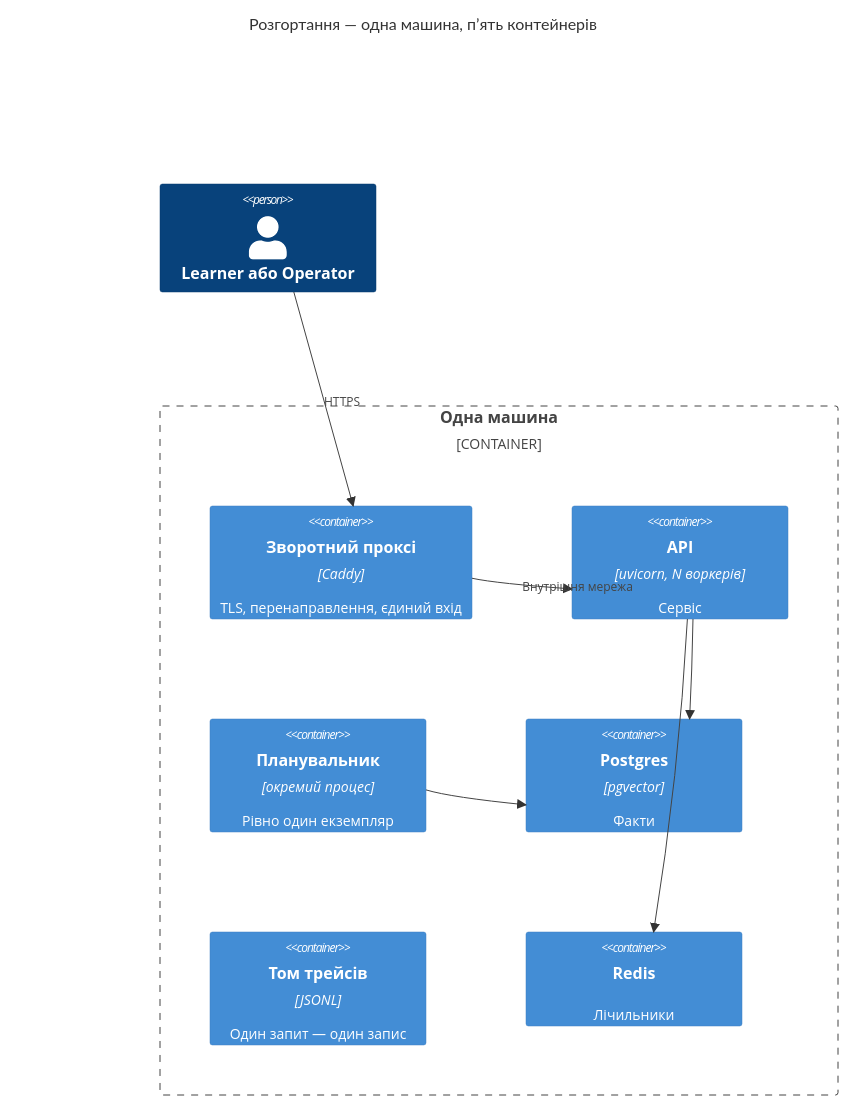
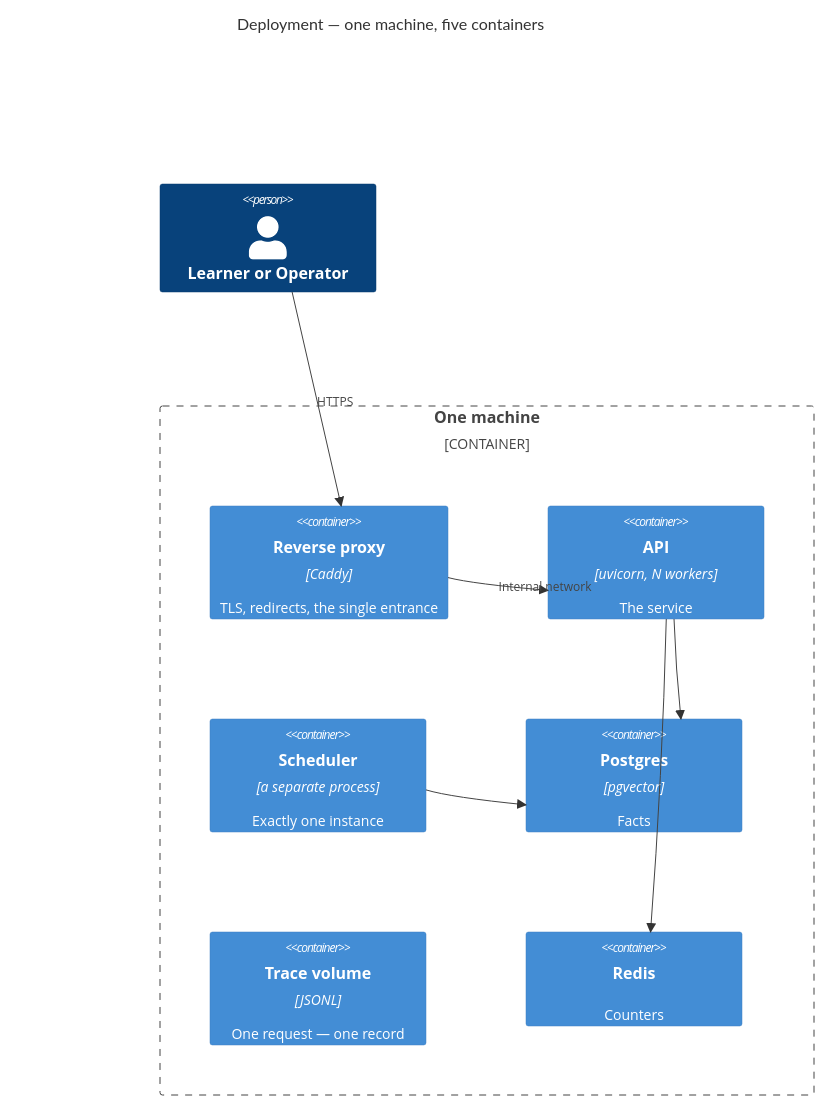
One commit to AZANIR/agentic-ai changed the sixth of 6 diagrams in docs/features/s06-platform/sad.md. Above: the diagram before and after it, drawn with Mermaid. The commit also changed other lines of this file and 245 other files, not shown here.

````diff
--- a/docs/features/s06-platform/sad.md
+++ b/docs/features/s06-platform/sad.md
@@ -277,21 +280,21 @@
 ```mermaid
 C4Container
-    title Розгортання — одна машина, пʼять контейнерів
+    title Deployment — one machine, five containers
 
-    Person(user, "Learner або Operator")
+    Person(user, "Learner or Operator")
 
-    Container_Boundary(vm, "Одна машина") {
-        Container(proxy, "Зворотний проксі", "Caddy", "TLS, перенаправлення, єдиний вхід")
-        Container(api, "API", "uvicorn, N воркерів", "Сервіс")
-        Container(sched, "Планувальник", "окремий процес", "Рівно один екземпляр")
-        Container(pg, "Postgres", "pgvector", "Факти")
-        Container(vol, "Том трейсів", "JSONL", "Один запит — один запис")
-        Container(redis, "Redis", "", "Лічильники")
+    Container_Boundary(vm, "One machine") {
+        Container(proxy, "Reverse proxy", "Caddy", "TLS, redirects, the single entrance")
+        Container(api, "API", "uvicorn, N workers", "The service")
+        Container(sched, "Scheduler", "a separate process", "Exactly one instance")
+        Container(pg, "Postgres", "pgvector", "Facts")
+        Container(vol, "Trace volume", "JSONL", "One request — one record")
+        Container(redis, "Redis", "", "Counters")
     }
 
     Rel(user, proxy, "HTTPS")
-    Rel(proxy, api, "Внутрішня мережа")
+    Rel(proxy, api, "Internal network")
     Rel(api, pg, "")
     Rel(api, redis, "")
     Rel(sched, pg, "")
 ```
````
